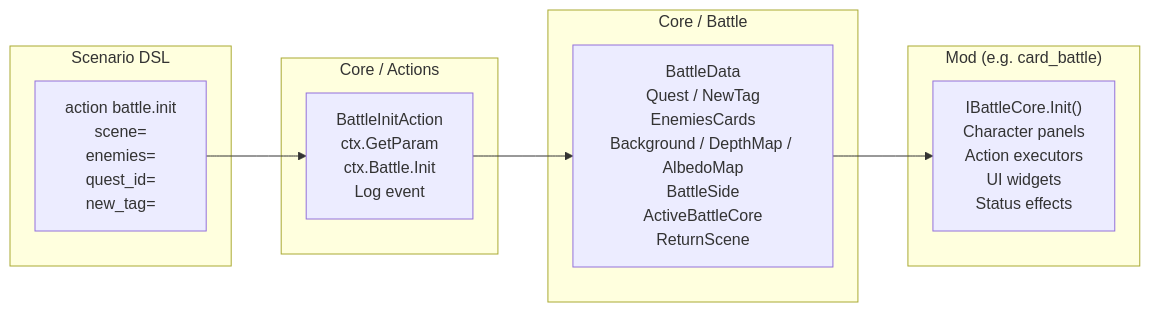
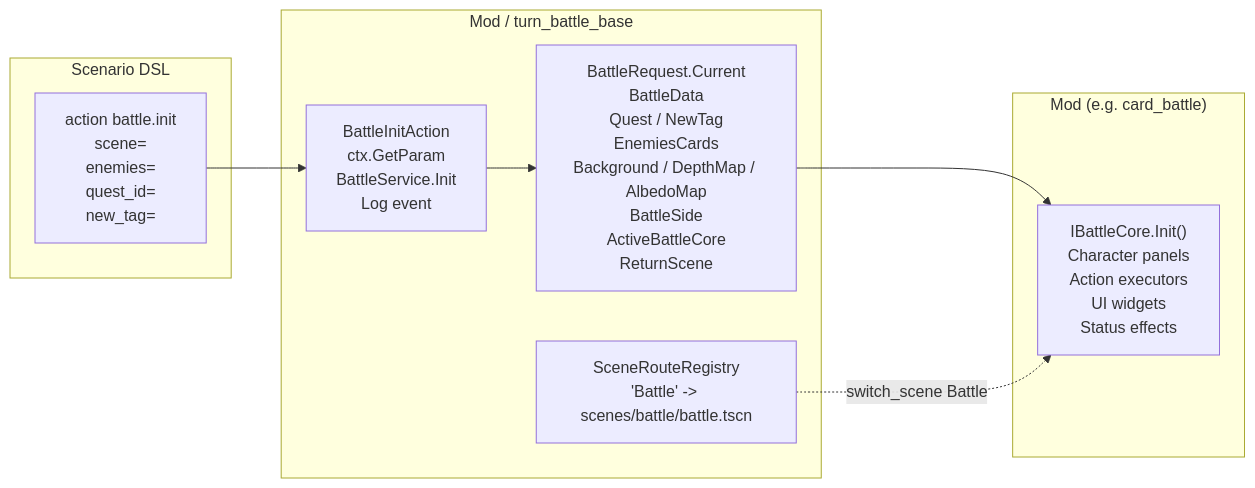
The first of 2 diagrams in docs/mods/battle/index.md (cthangover/cthangover.github.io), drawn with Mermaid before and after one commit. The commit also changed other lines of this file and 159 other files, not shown here.

````diff
--- a/docs/mods/battle/index.md
+++ b/docs/mods/battle/index.md
@@ -7,16 +7,16 @@
 ```mermaid
 flowchart LR
     subgraph DSL["Scenario DSL"]
         A["action battle.init<br/>scene=<br/>enemies=<br/>quest_id=<br/>new_tag="]
     end
-    subgraph Actions["Core / Actions"]
-        B["BattleInitAction<br/>ctx.GetParam<br/>ctx.Battle.Init<br/>Log event"]
+    subgraph Mod1["Mod / turn_battle_base"]
+        B["BattleInitAction<br/>ctx.GetParam<br/>BattleService.Init<br/>Log event"]
+        C["BattleRequest.Current<br/>BattleData<br/>Quest / NewTag<br/>EnemiesCards<br/>Background / DepthMap / AlbedoMap<br/>BattleSide<br/>ActiveBattleCore<br/>ReturnScene"]
+        S["SceneRouteRegistry<br/>'Battle' -> scenes/battle/battle.tscn"]
     end
-    subgraph Battle["Core / Battle"]
-        C["BattleData<br/>Quest / NewTag<br/>EnemiesCards<br/>Background / DepthMap / AlbedoMap<br/>BattleSide<br/>ActiveBattleCore<br/>ReturnScene"]
-    end
-    subgraph Mod["Mod (e.g. card_battle)"]
+    subgraph Mod2["Mod (e.g. card_battle)"]
         D["IBattleCore.Init()<br/>Character panels<br/>Action executors<br/>UI widgets<br/>Status effects"]
     end
     A --> B --> C --> D
+    S -.->|"switch_scene Battle"| D
 ```
````
